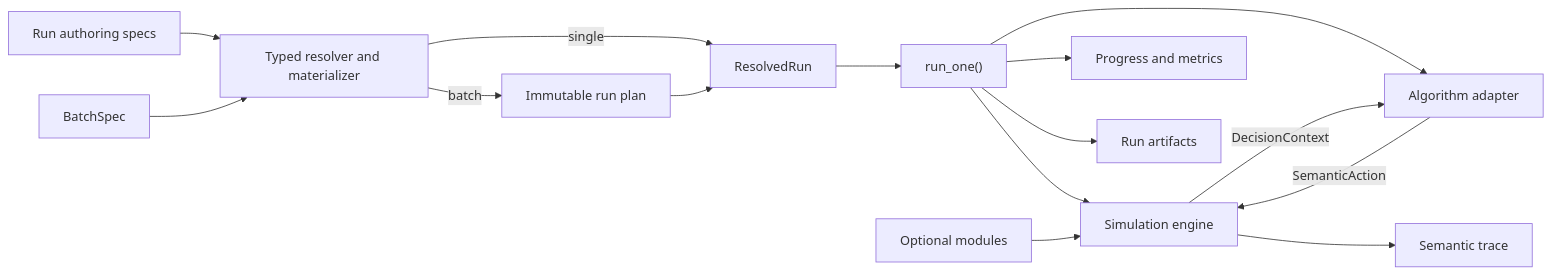
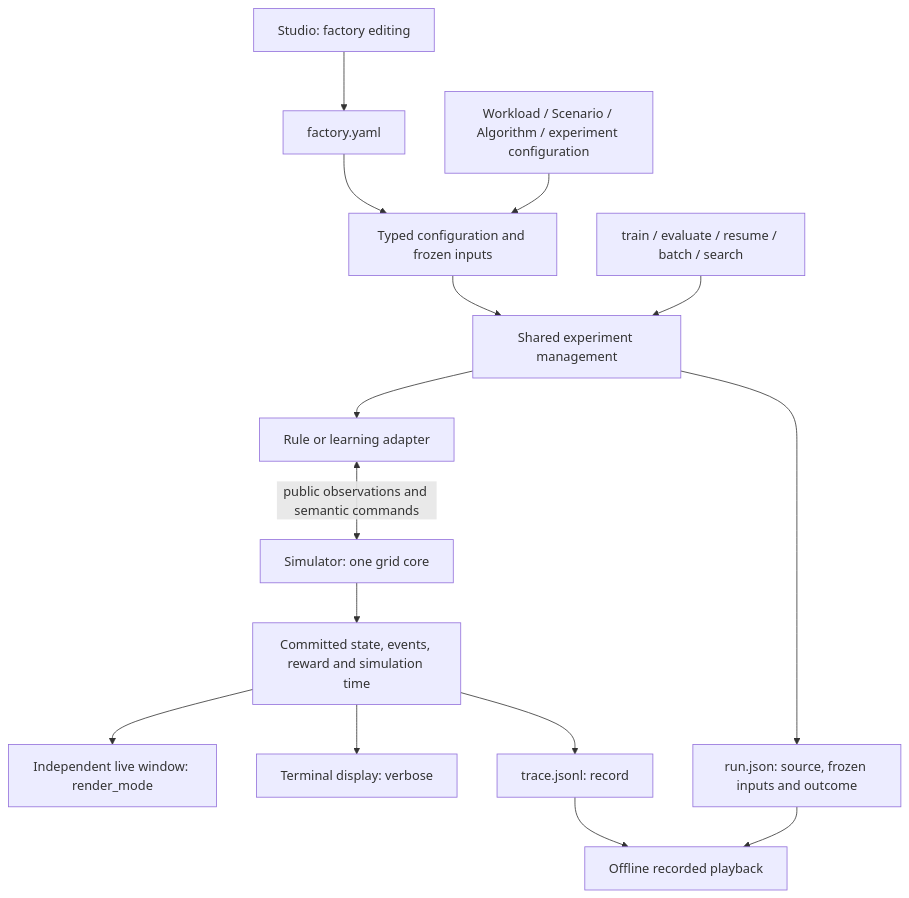
Before and after one commit to jian2028/SmartSOM: the diagram in docs/architecture.md, drawn with Mermaid. The commit also changed other lines of this file and 304 other files, not shown here.

First line of the commit message:
feat(engine)!: replace matrix execution with unified grid production

````diff
--- a/docs/architecture.md
+++ b/docs/architecture.md
@@ -64,17 +16,17 @@
 ```mermaid
-flowchart LR
-    C["Run authoring specs"] --> R["Typed resolver and materializer"]
-    B["BatchSpec"] --> R
-    R -->|"single"| P["ResolvedRun"]
-    R -->|"batch"| Q["Immutable run plan"]
-    Q --> P
-    P --> X["run_one()"]
-    X --> E["Simulation engine"]
-    X --> A["Algorithm adapter"]
-    A -->|"SemanticAction"| E
-    E -->|"DecisionContext"| A
-    M["Optional modules"] --> E
-    E --> T["Semantic trace"]
-    X --> L["Progress and metrics"]
-    X --> O["Run artifacts"]
+flowchart TD
+    S["Studio: factory editing"] --> F["factory.yaml"]
+    F --> C["Typed configuration and frozen inputs"]
+    Y["Workload / Scenario / Algorithm / experiment configuration"] --> C
+    U["train / evaluate / resume / batch / search"] --> E["Shared experiment management"]
+    C --> E
+    E --> A["Rule or learning adapter"]
+    A <-->|"public observations and semantic commands"| K["Simulator: one grid core"]
+    K --> T["Committed state, events, reward and simulation time"]
+    T --> H["Independent live window: render_mode"]
+    T --> D["Terminal display: verbose"]
+    T --> L["trace.jsonl: record"]
+    E --> R["run.json: source, frozen inputs and outcome"]
+    R --> P["Offline recorded playback"]
+    L --> P
 ```
````
